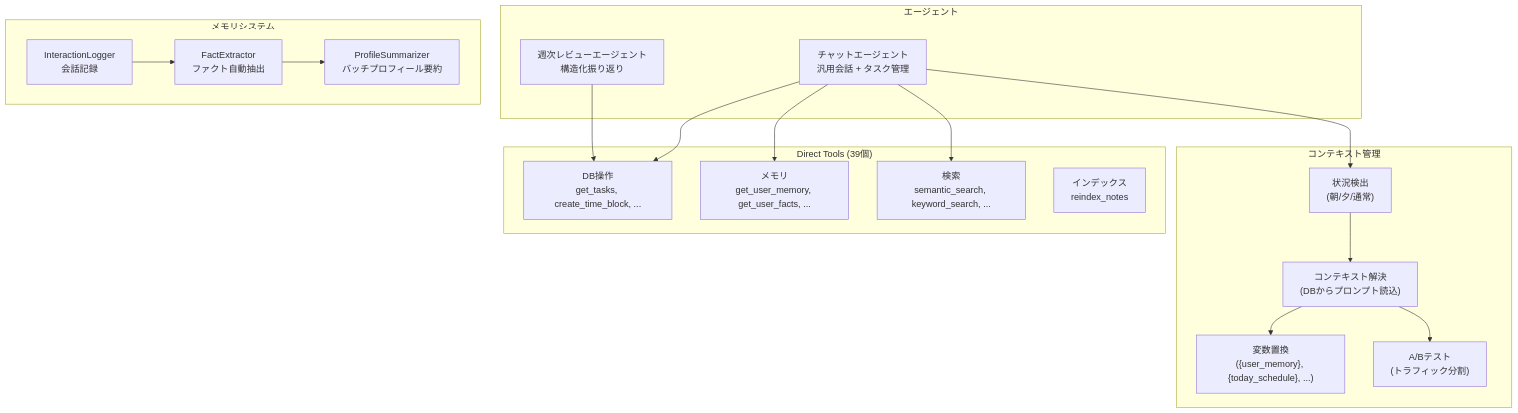
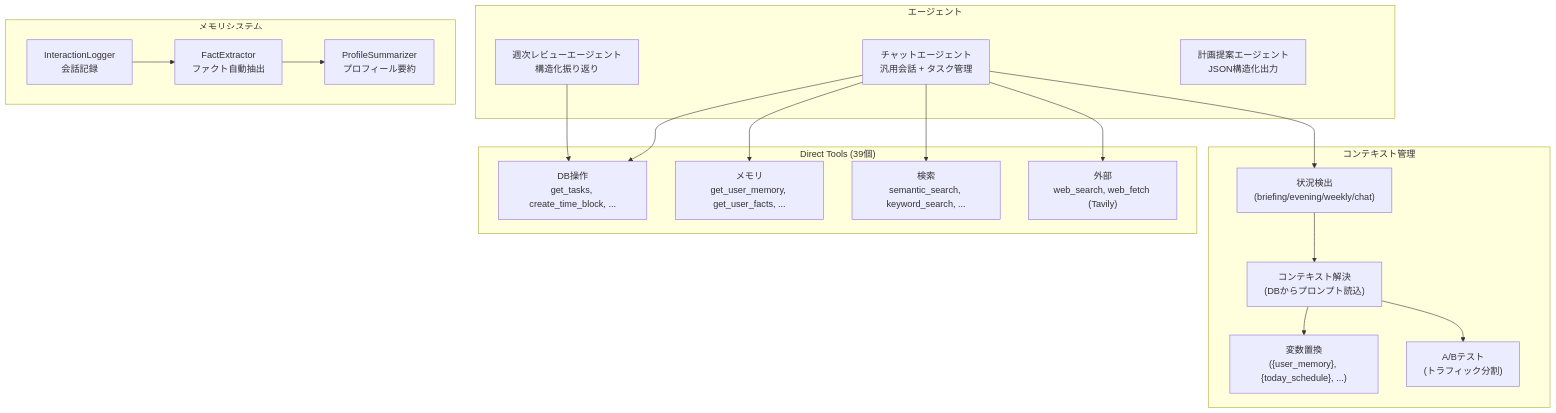
One commit to yu-min3/kensan changed diagram 13 of 16 in ARCHITECTURE.md. Above: the diagram before and after it, drawn with Mermaid. The commit also changed other lines of this file and 117 other files, not shown here.

````diff
--- a/ARCHITECTURE.md
+++ b/ARCHITECTURE.md
@@ -559,39 +570,41 @@
 ```mermaid
 graph TB
     subgraph "エージェント"
         Chat["チャットエージェント<br/>汎用会話 + タスク管理"]
         Review["週次レビューエージェント<br/>構造化振り返り"]
+        Planning["計画提案エージェント<br/>JSON構造化出力"]
     end
 
     subgraph "コンテキスト管理"
-        Detect["状況検出<br/>(朝/夕/通常)"]
+        Detect["状況検出<br/>(briefing/evening/weekly/chat)"]
         Resolve["コンテキスト解決<br/>(DBからプロンプト読込)"]
         Replace["変数置換<br/>({user_memory}, {today_schedule}, ...)"]
         AB["A/Bテスト<br/>(トラフィック分割)"]
     end
 
     subgraph "Direct Tools (39個)"
         DBTools["DB操作<br/>get_tasks, create_time_block, ..."]
         MemTools["メモリ<br/>get_user_memory, get_user_facts, ..."]
         SearchTools["検索<br/>semantic_search, keyword_search, ..."]
-        IndexTools["インデックス<br/>reindex_notes"]
+        WebTools["外部<br/>web_search, web_fetch (Tavily)"]
     end
 
     subgraph "メモリシステム"
         Logger["InteractionLogger<br/>会話記録"]
         Extractor["FactExtractor<br/>ファクト自動抽出"]
-        Summarizer["ProfileSummarizer<br/>バッチプロフィール要約"]
+        Summarizer["ProfileSummarizer<br/>プロフィール要約"]
     end
 
     Chat --> Detect
     Detect --> Resolve
     Resolve --> Replace
     Resolve --> AB
     Chat --> DBTools
     Chat --> MemTools
     Chat --> SearchTools
+    Chat --> WebTools
     Review --> DBTools
 
     Logger --> Extractor
     Extractor --> Summarizer
 ```
````
